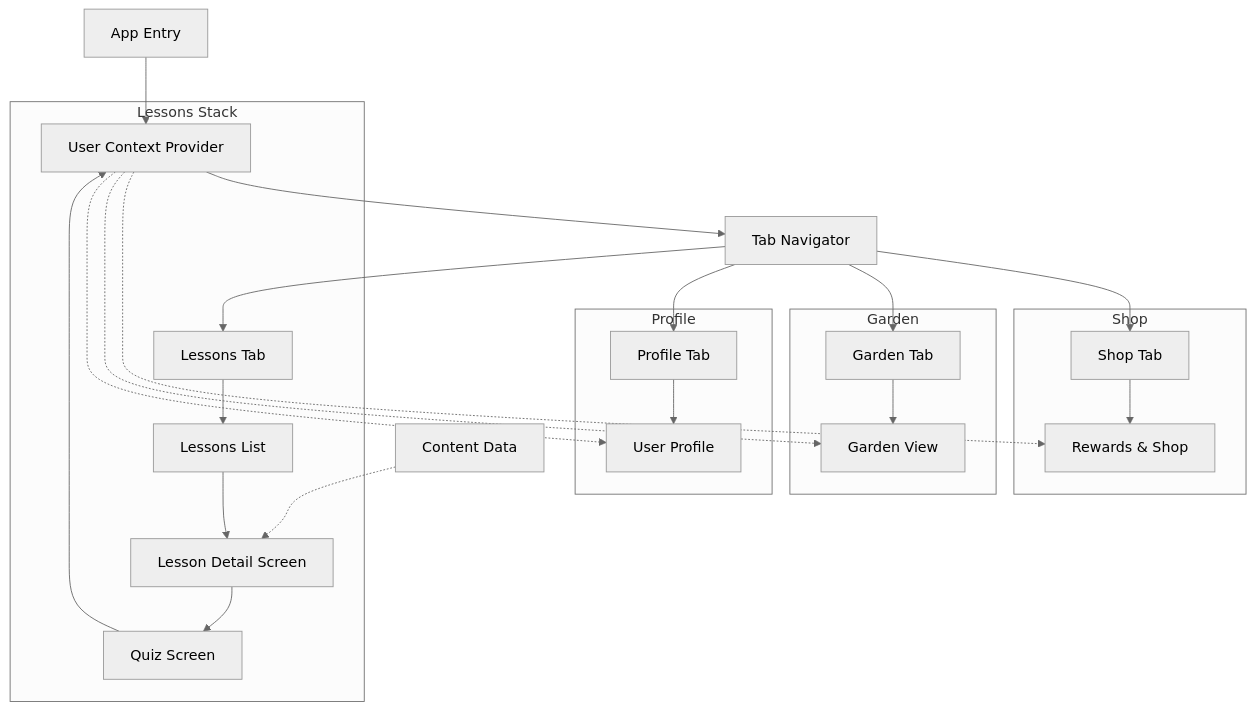
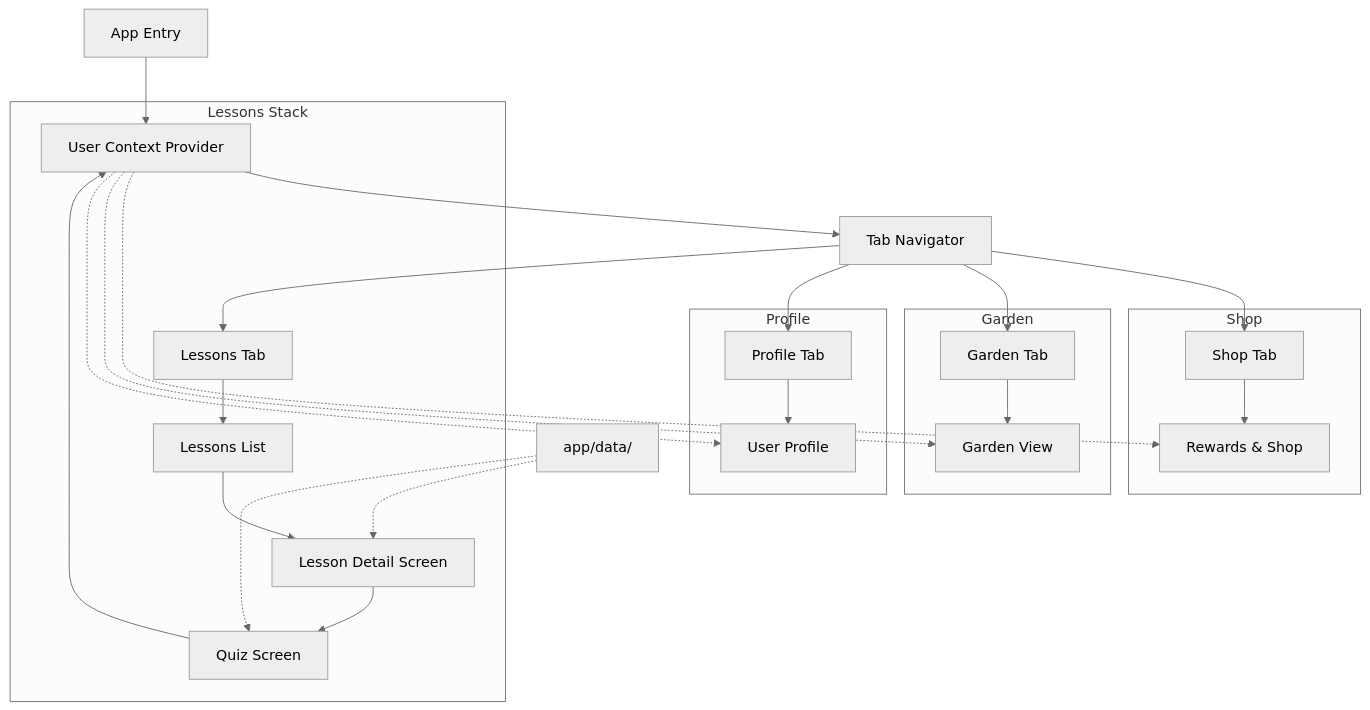
One commit to Eric-Christine/Papaya changed the diagram in gemini.md. Above: the diagram before and after it, drawn with Mermaid (neutral theme). The commit also changed other lines of this file and 10 other files, not shown here.

````diff
--- a/gemini.md
+++ b/gemini.md
@@ -25,34 +52,35 @@
 ```mermaid
 graph TD
     App[App Entry] --> UserContext[User Context Provider]
     UserContext --> TabNav[Tab Navigator]
     
     TabNav --> LessonsTab[Lessons Tab]
     TabNav --> ShopTab[Shop Tab]
     TabNav --> GardenTab[Garden Tab]
     TabNav --> ProfileTab[Profile Tab]
     
     subgraph "Lessons Stack"
         LessonsTab --> LessonsScreen[Lessons List]
         LessonsScreen --> LessonDetail[Lesson Detail Screen]
         LessonDetail --> Quiz[Quiz Screen]
         Quiz --> UserContext
     end
     
     subgraph "Shop"
         ShopTab --> RewardsScreen[Rewards & Shop]
     end
     
     subgraph "Garden"
         GardenTab --> GardenScreen[Garden View]
     end
     
     subgraph "Profile"
         ProfileTab --> ProfileScreen[User Profile]
     end
     
-    Data[Content Data] -.-> LessonDetail
+    Data[app/data/] -.-> LessonDetail
+    Data -.-> Quiz
     UserContext -.-> RewardsScreen
     UserContext -.-> GardenScreen
     UserContext -.-> ProfileScreen
 ```
````
